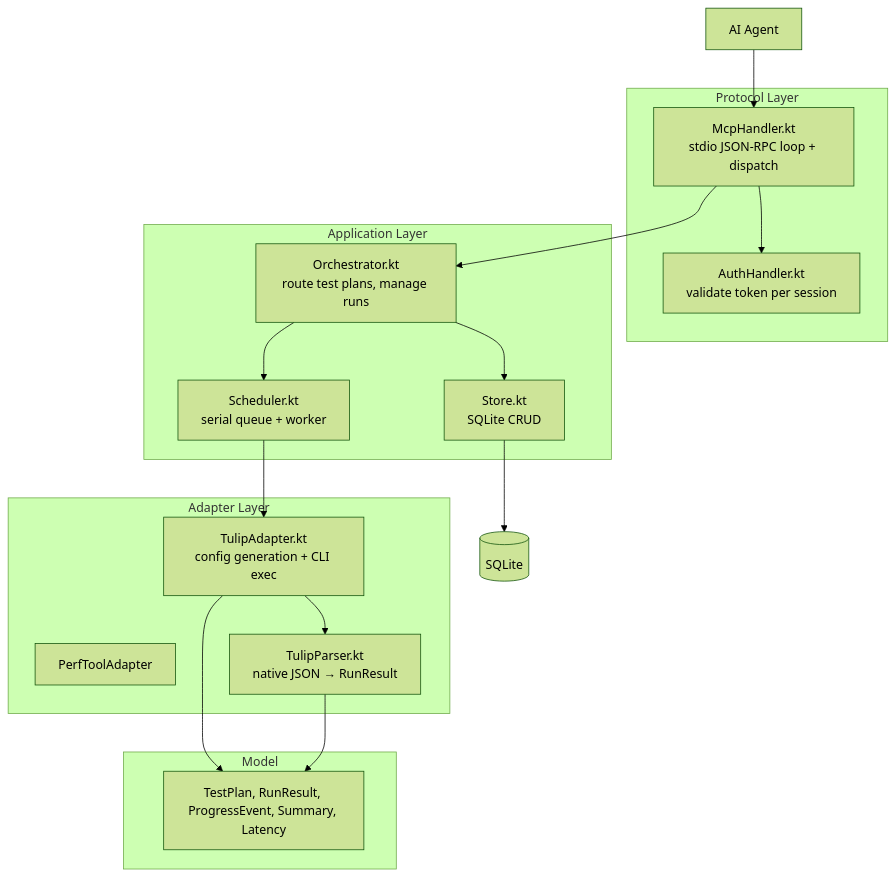
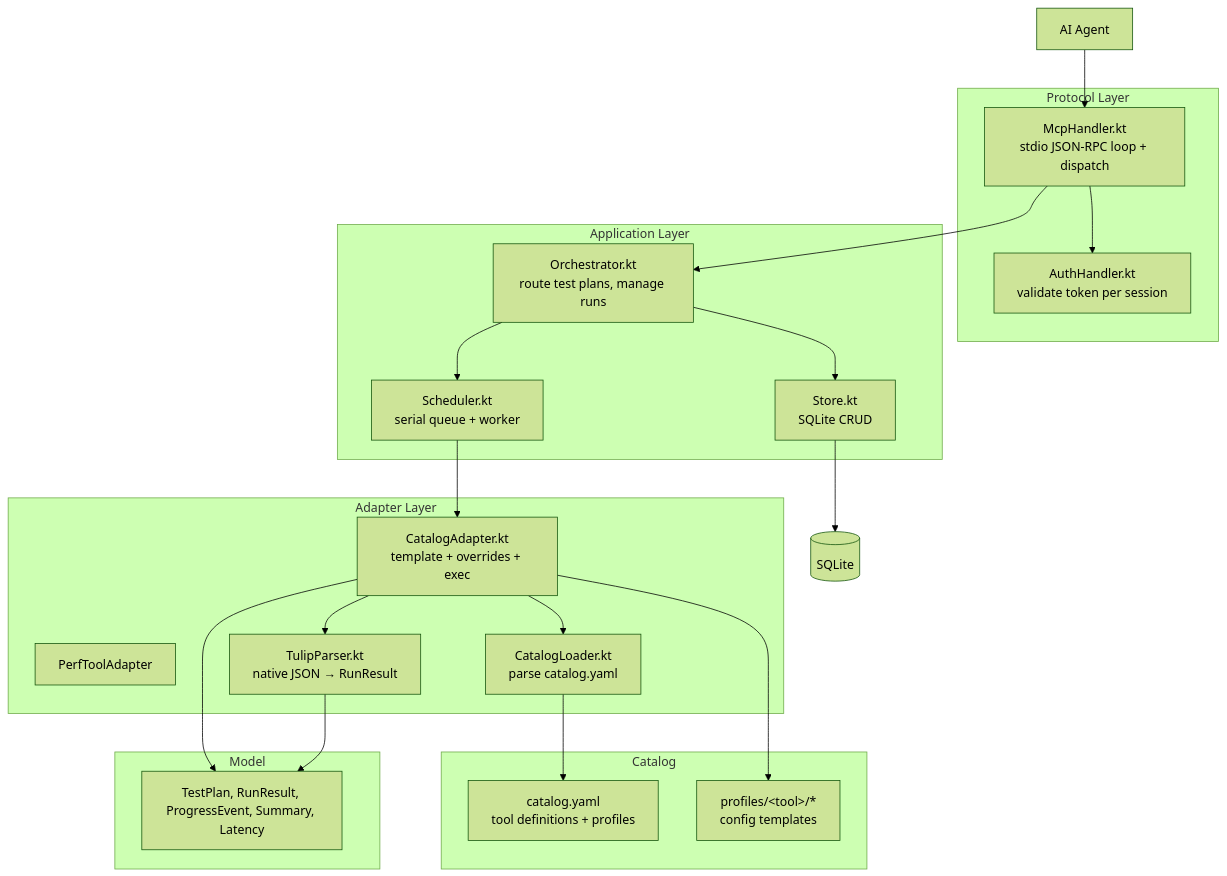
Before and after one commit to bmvanwyk/Boehm: the second of 5 diagrams in docs/architecture.md, drawn with Mermaid (forest theme). The commit also changed other lines of this file and 3 other files, not shown here.

````diff
--- a/docs/architecture.md
+++ b/docs/architecture.md
@@ -59,36 +59,45 @@
 ```mermaid
 graph TB
     subgraph "Protocol Layer"
         McpHandler["McpHandler.kt<br/>stdio JSON-RPC loop + dispatch"]
         AuthHandler["AuthHandler.kt<br/>validate token per session"]
     end
 
     subgraph "Application Layer"
         Orchestrator["Orchestrator.kt<br/>route test plans, manage runs"]
         Scheduler["Scheduler.kt<br/>serial queue + worker"]
         Store["Store.kt<br/>SQLite CRUD"]
     end
 
     subgraph "Adapter Layer"
         AdapterInterface["PerfToolAdapter"]
-        TulipAdapter["TulipAdapter.kt<br/>config generation + CLI exec"]
+        CatalogLoader["CatalogLoader.kt<br/>parse catalog.yaml"]
+        CatalogAdapter["CatalogAdapter.kt<br/>template + overrides + exec"]
         TulipParser["TulipParser.kt<br/>native JSON → RunResult"]
+    end
+
+    subgraph "Catalog"
+        CatalogYaml["catalog.yaml<br/>tool definitions + profiles"]
+        Templates["profiles/&lt;tool&gt;/*<br/>config templates"]
     end
 
     subgraph "Model"
         Models["TestPlan, RunResult, ProgressEvent, Summary, Latency"]
     end
 
     Agent["AI Agent"]
 
+    CatalogLoader --> CatalogYaml
     Agent --> McpHandler
     McpHandler --> AuthHandler
     McpHandler --> Orchestrator
     Orchestrator --> Scheduler
     Orchestrator --> Store
-    Scheduler --> TulipAdapter
-    TulipAdapter --> TulipParser
-    TulipAdapter --> Models
+    Scheduler --> CatalogAdapter
+    CatalogAdapter --> CatalogLoader
+    CatalogAdapter --> Templates
+    CatalogAdapter --> TulipParser
+    CatalogAdapter --> Models
     TulipParser --> Models
     Store --> SQLite[(SQLite)]
 ```
````
